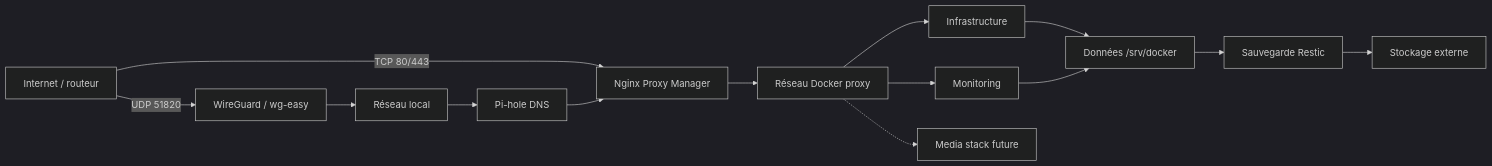
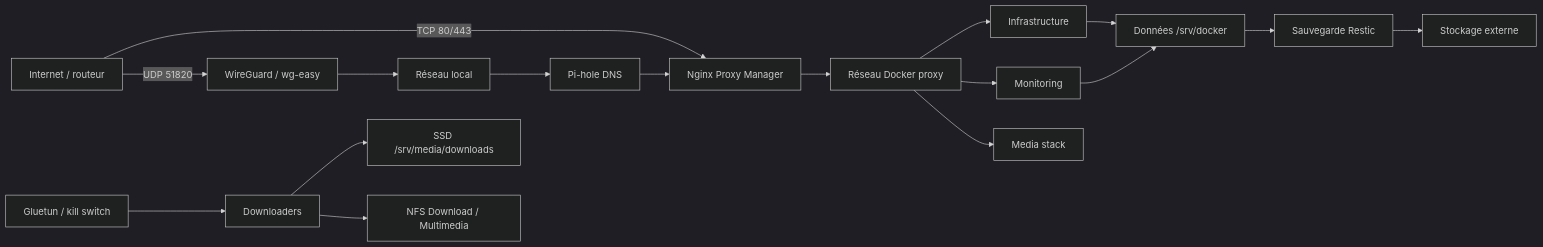
Before and after one commit to Eldayia/homelab: the diagram in docs/architecture.md, drawn with Mermaid (dark theme). The commit also changed other lines of this file and 39 other files, not shown here.

Commit message:
Ajoute la media stack modulaire

````diff
--- a/docs/architecture.md
+++ b/docs/architecture.md
@@ -5,16 +5,19 @@
 ```mermaid
 flowchart LR
   Internet["Internet / routeur"] -->|"TCP 80/443"| NPM["Nginx Proxy Manager"]
   Internet -->|"UDP 51820"| WG["WireGuard / wg-easy"]
   LAN["Réseau local"] --> PI["Pi-hole DNS"]
   WG --> LAN
   PI --> NPM
   NPM --> PROXY["Réseau Docker proxy"]
   PROXY --> INFRA["Infrastructure"]
   PROXY --> MON["Monitoring"]
-  PROXY -.-> MEDIA["Media stack future"]
+  PROXY --> MEDIA["Media stack"]
+  VPN["Gluetun / kill switch"] --> DOWNLOAD["Downloaders"]
+  DOWNLOAD --> SSD["SSD /srv/media/downloads"]
+  DOWNLOAD --> NASMEDIA["NFS Download / Multimedia"]
   INFRA --> DATA["Données /srv/docker"]
   MON --> DATA
   DATA --> RESTIC["Sauvegarde Restic"]
   RESTIC --> NAS["Stockage externe"]
 ```
````
